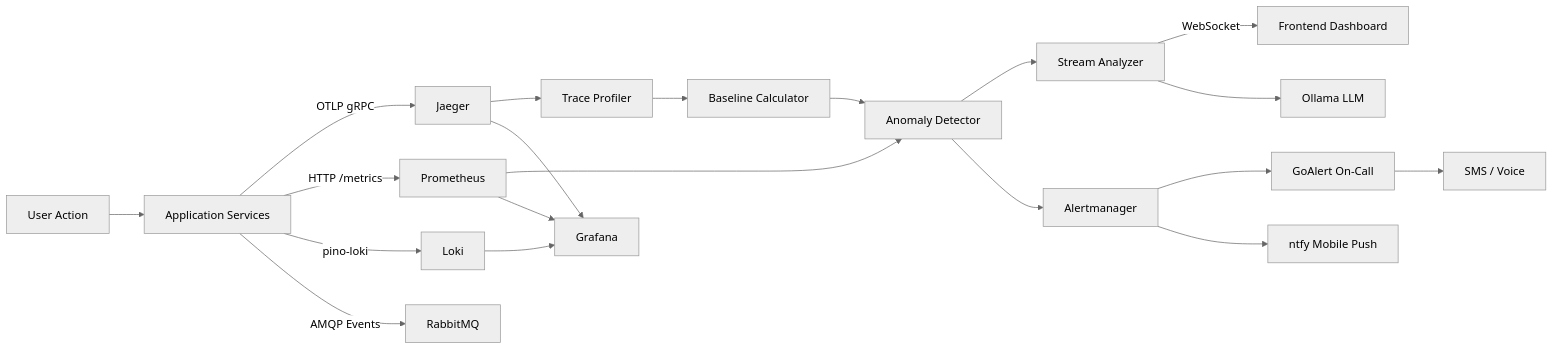
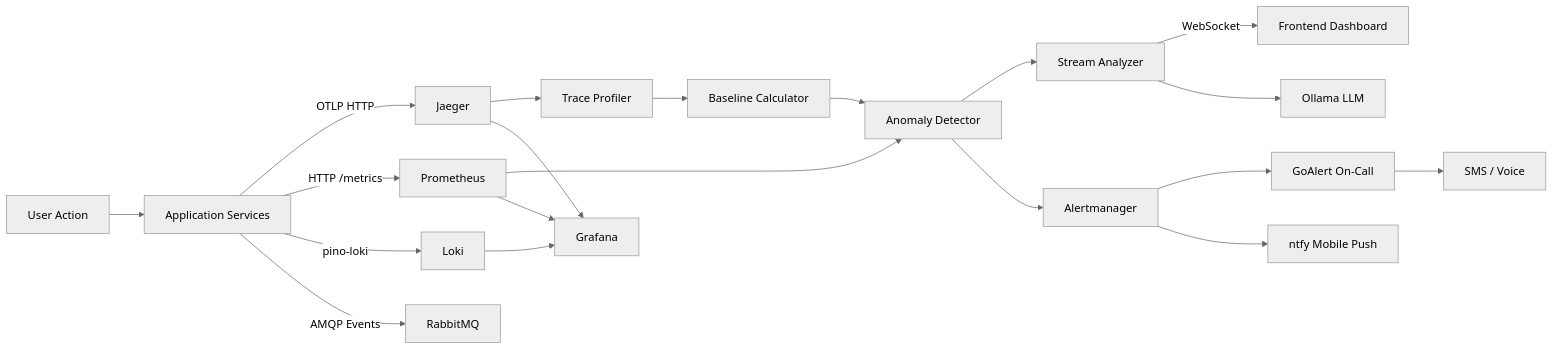
The second of 8 diagrams in docs/OBSERVABILITY_WHITEPAPER.md (MoebiusX/Krystaline), drawn with Mermaid (neutral theme) before and after one commit. The commit also changed other lines of this file and 30 other files, not shown here.

````diff
--- a/docs/OBSERVABILITY_WHITEPAPER.md
+++ b/docs/OBSERVABILITY_WHITEPAPER.md
@@ -103,25 +105,25 @@
 ```mermaid
 flowchart LR
     U[User Action] --> S[Application Services]
-    S -->|OTLP gRPC| J[Jaeger]
+    S -->|OTLP HTTP| J[Jaeger]
     S -->|HTTP /metrics| P[Prometheus]
     S -->|pino-loki| L[Loki]
     S -->|AMQP Events| R[RabbitMQ]
     
     J --> TP[Trace Profiler]
     P --> AD[Anomaly Detector]
     TP --> BC[Baseline Calculator]
     BC --> AD
     AD --> SA[Stream Analyzer]
     SA -->|WebSocket| FE[Frontend Dashboard]
     SA --> LLM["Ollama LLM"]
     
     AD --> AM[Alertmanager]
     AM --> GA[GoAlert On-Call]
     AM --> NT[ntfy Mobile Push]
     GA --> SMS[SMS / Voice]
     
     J --> GD[Grafana]
     P --> GD
     L --> GD
 ```
````
